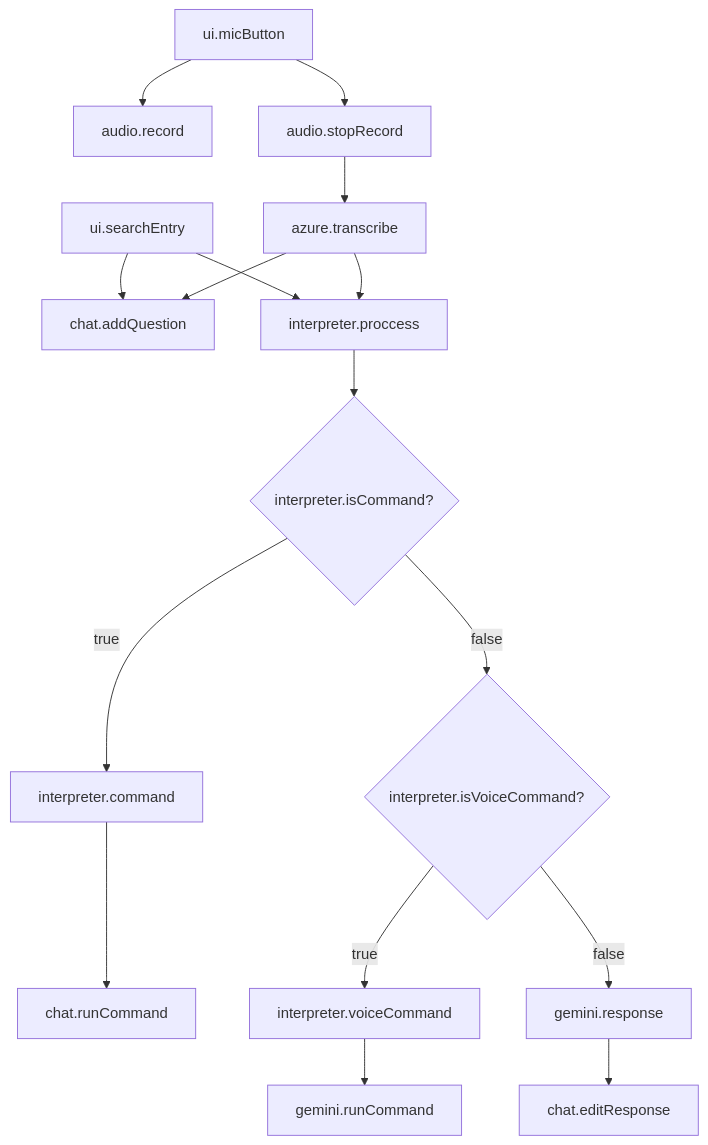
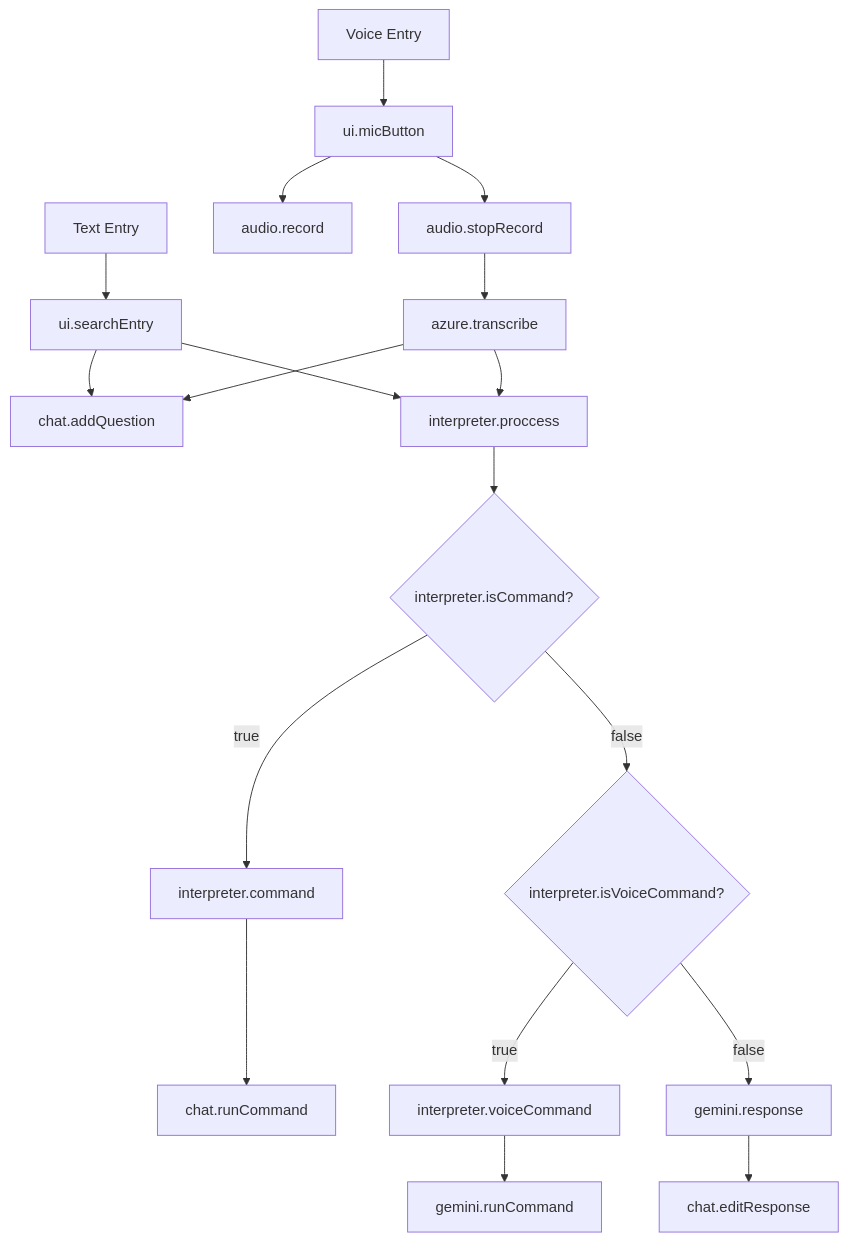
Before and after one commit to hermannhahn/aiva: the diagram in Flowchart.md, drawn with Mermaid. The commit also changed 1 other file, not shown here.

````diff
--- a/Flowchart.md
+++ b/Flowchart.md
@@ -1,23 +1,25 @@
 ```mermaid
 graph TD
     %% Text Entry
-    A[ui.searchEntry] --> B[chat.addQuestion]
+    TEXTENTRY[Text Entry] --> A[ui.searchEntry]
+    A --> B[chat.addQuestion]
     A --> C[interpreter.proccess]
 
     %% Voice Entry
-    D[ui.micButton] --> E[audio.record]
+    VOICEENTRY[Voice Entry] --> D[ui.micButton]
+    D --> E[audio.record]
     D --> F[audio.stopRecord]
 
     %% Audio
     F --> G[azure.transcribe]
     G --> B
     G --> C
 
     %% Interpreter
     C --> H{interpreter.isCommand?}
     H -- true --> I[interpreter.command] --> J[chat.runCommand]
     H -- false --> K{interpreter.isVoiceCommand?}
 
     K -- true --> L[interpreter.voiceCommand] --> M[gemini.runCommand]
     K -- false --> N[gemini.response] --> O[chat.editResponse]
 ```
````
